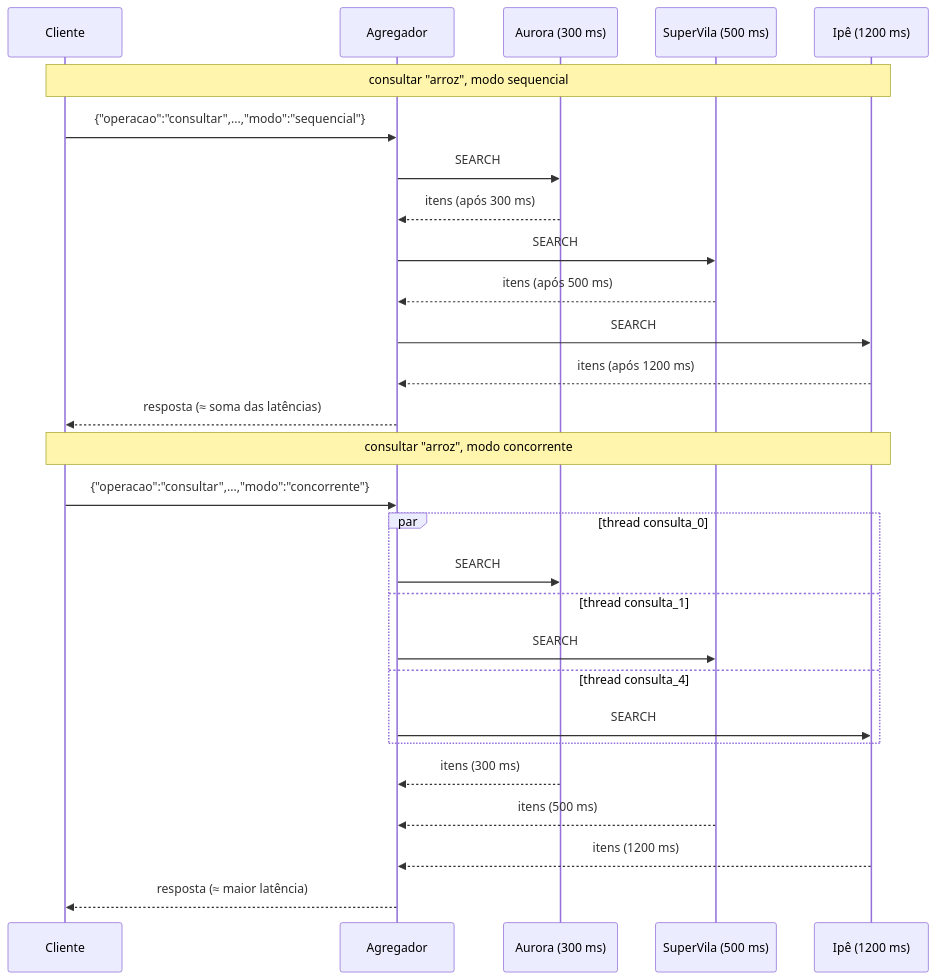
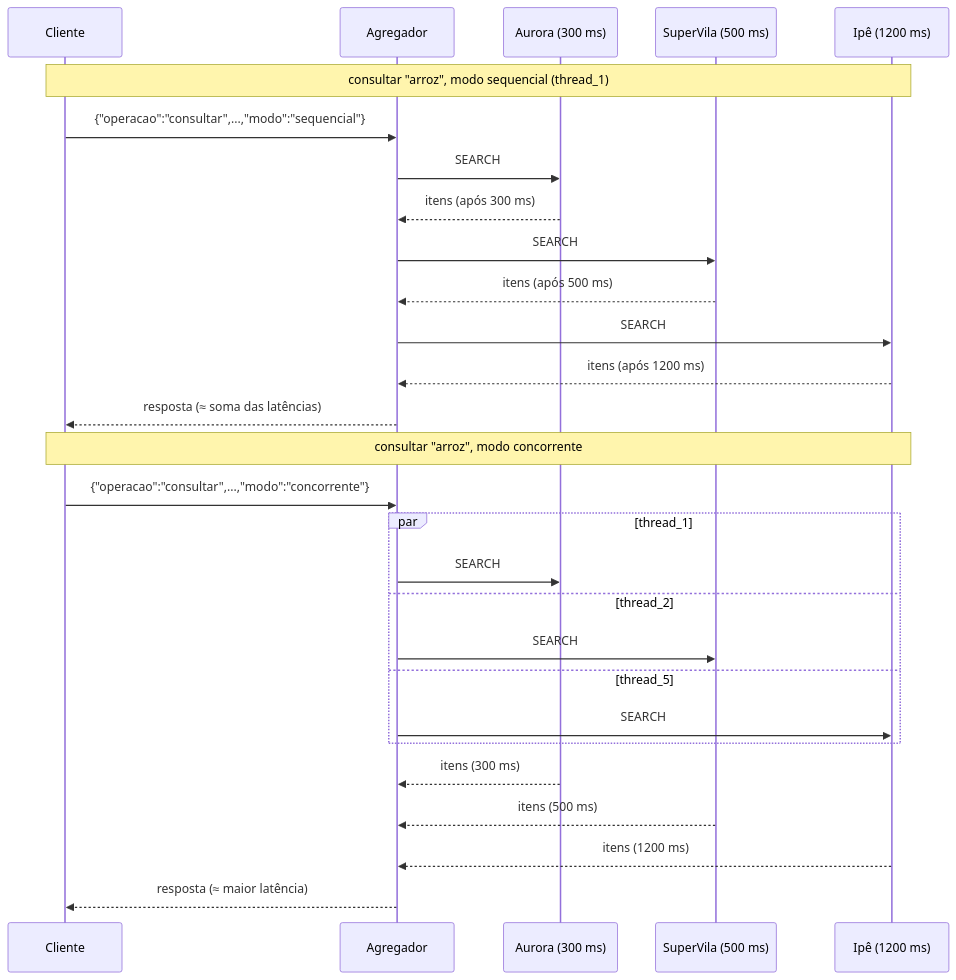
The fourth of 4 diagrams in docs/arquitetura.md (coelhomarcus/market-sync), drawn with Mermaid before and after one commit. The commit also changed other lines of this file and 51 other files, not shown here.

````diff
--- a/docs/arquitetura.md
+++ b/docs/arquitetura.md
@@ -142,32 +180,32 @@
 ```mermaid
 sequenceDiagram
     participant U as Cliente
     participant A as Agregador
     participant M1 as Aurora (300 ms)
     participant M2 as SuperVila (500 ms)
     participant M5 as Ipê (1200 ms)
 
-    Note over U,M5: consultar "arroz", modo sequencial
+    Note over U,M5: consultar "arroz", modo sequencial (thread_1)
     U->>A: {"operacao":"consultar",...,"modo":"sequencial"}
     A->>M1: SEARCH
     M1-->>A: itens (após 300 ms)
     A->>M2: SEARCH
     M2-->>A: itens (após 500 ms)
     A->>M5: SEARCH
     M5-->>A: itens (após 1200 ms)
     A-->>U: resposta (≈ soma das latências)
 
     Note over U,M5: consultar "arroz", modo concorrente
     U->>A: {"operacao":"consultar",...,"modo":"concorrente"}
-    par thread consulta_0
+    par thread_1
         A->>M1: SEARCH
-    and thread consulta_1
+    and thread_2
         A->>M2: SEARCH
-    and thread consulta_4
+    and thread_5
         A->>M5: SEARCH
     end
     M1-->>A: itens (300 ms)
     M2-->>A: itens (500 ms)
     M5-->>A: itens (1200 ms)
     A-->>U: resposta (≈ maior latência)
 ```
````
